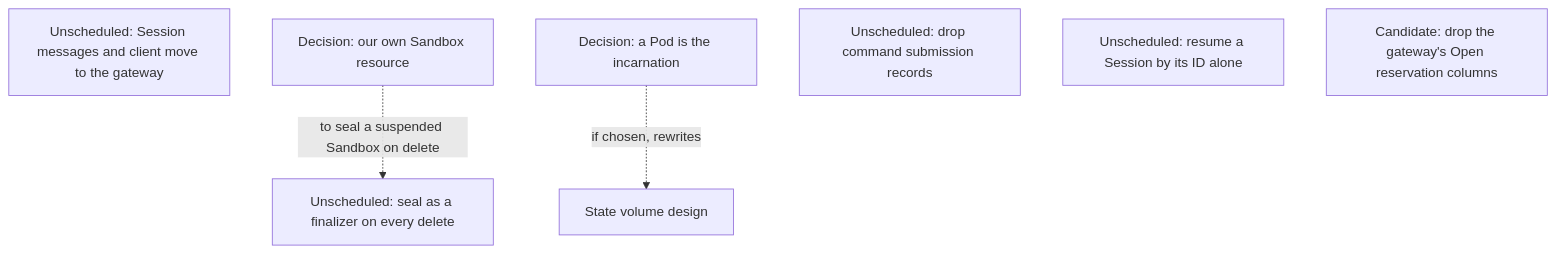
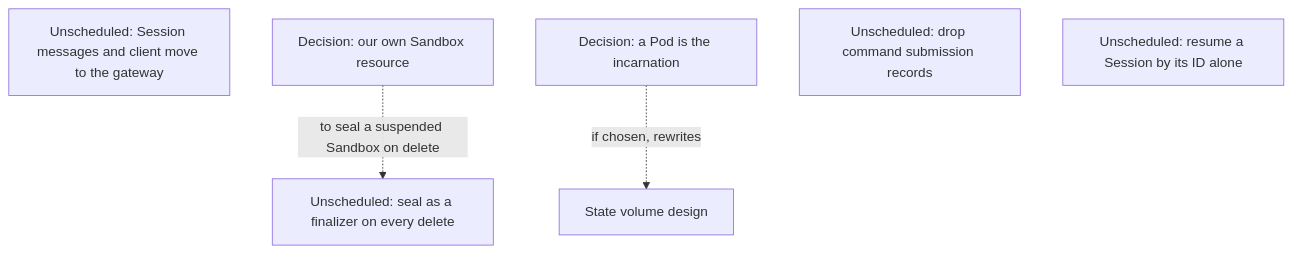
Diagram 12 of 13 in agentplane/plans/task_dag.md (agentydragon-agent/ducktape), drawn with Mermaid before and after one commit. The commit also changed other lines of this file and 5 other files, not shown here.

First line of the commit message:
agentplane: drop the Runner Gateway's Open reservation columns (#10080)

````diff
--- a/agentplane/plans/task_dag.md
+++ b/agentplane/plans/task_dag.md
@@ -809,12 +809,11 @@
 ```mermaid
 flowchart TD
     GATEWAY_CLIENT_SPLIT[Unscheduled: Session messages and client move to the gateway]
     AGENTPLANE_SANDBOX_RESOURCE[Decision: our own Sandbox resource]
     POD_INCARNATION[Decision: a Pod is the incarnation]
     SEAL_FINALIZER[Unscheduled: seal as a finalizer on every delete]
     COMMAND_RECORDS_RETIRE[Unscheduled: drop command submission records]
     RESUME_BY_SESSION_ID[Unscheduled: resume a Session by its ID alone]
-    SESSION_OPEN_COLUMNS_DROP[Candidate: drop the gateway's Open reservation columns]
     AGENTPLANE_SANDBOX_RESOURCE -. to seal a suspended Sandbox on delete .-> SEAL_FINALIZER
     POD_INCARNATION -. if chosen, rewrites .-> SESSION_STATE_VOLUME_DESIGN[State volume design]
 ```
````
